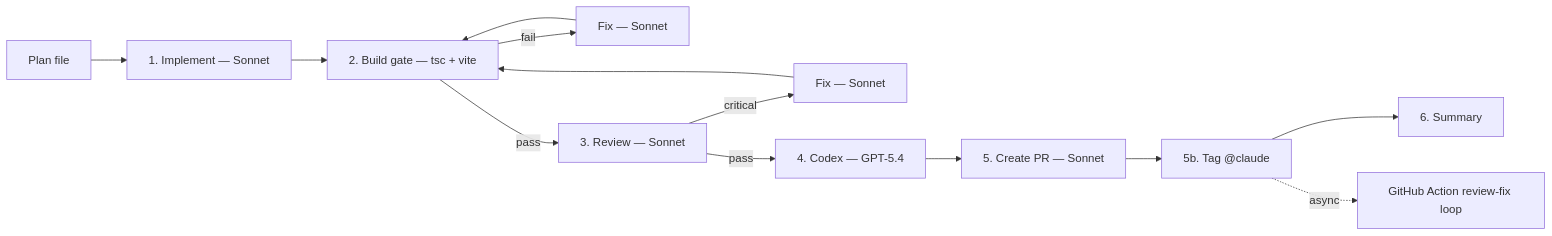
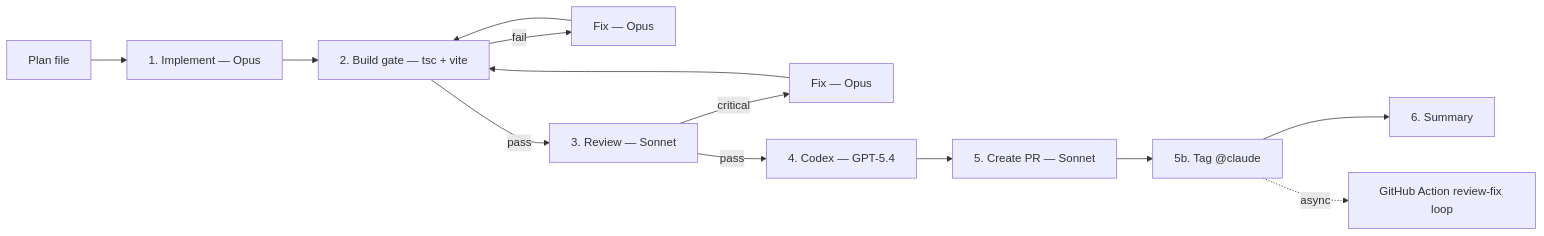
Before and after one commit to ilsantino/iago-os: the second of 2 diagrams in README.md, drawn with Mermaid. The commit also changed other lines of this file and 7 other files, not shown here.

````diff
--- a/README.md
+++ b/README.md
@@ -247,15 +247,15 @@
 ```mermaid
 flowchart LR
-    Plan[Plan file] --> Impl[1. Implement — Sonnet]
+    Plan[Plan file] --> Impl[1. Implement — Opus]
     Impl --> Build[2. Build gate — tsc + vite]
-    Build -->|fail| Fix[Fix — Sonnet]
+    Build -->|fail| Fix[Fix — Opus]
     Fix --> Build
     Build -->|pass| Review[3. Review — Sonnet]
-    Review -->|critical| Fix2[Fix — Sonnet]
+    Review -->|critical| Fix2[Fix — Opus]
     Fix2 --> Build
     Review -->|pass| Codex[4. Codex — GPT-5.4]
     Codex --> PR[5. Create PR — Sonnet]
     PR --> Tag[5b. Tag @claude]
     Tag --> Summary[6. Summary]
     Tag -.->|async| GHA[GitHub Action review-fix loop]
 ```
````
